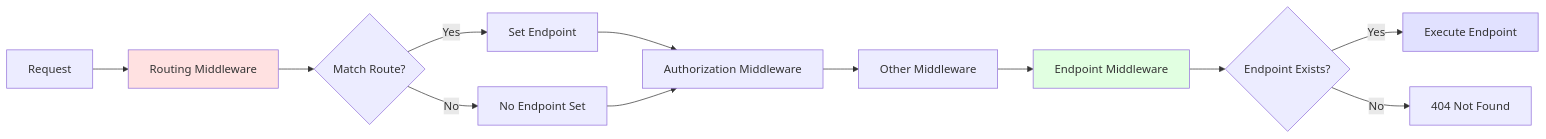
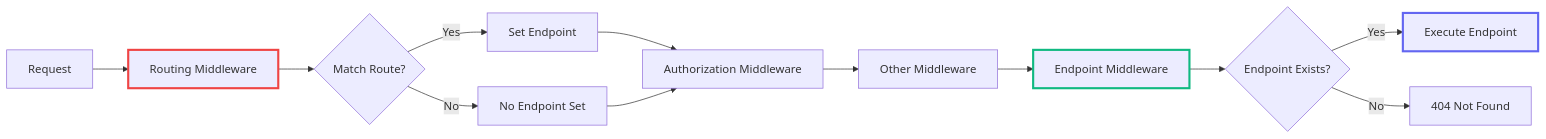
The second of 5 diagrams in Mostlylucid/Markdown/ASPNET-PIPELINE-PART4-ROUTING-ENDPOINTS.md (Shaddix/mostlylucidweb), drawn with Mermaid before and after one commit. The commit also changed 11 other files, not shown here.

First line of the commit message:
update: replace background fills with stroke styling in Mermaid diagrams

````diff
--- a/Mostlylucid/Markdown/ASPNET-PIPELINE-PART4-ROUTING-ENDPOINTS.md
+++ b/Mostlylucid/Markdown/ASPNET-PIPELINE-PART4-ROUTING-ENDPOINTS.md
@@ -58,18 +58,18 @@
 ```mermaid
 graph LR
     A[Request] --> B[Routing Middleware]
     B --> C{Match Route?}
     C -->|Yes| D[Set Endpoint]
     C -->|No| E[No Endpoint Set]
     D --> F[Authorization Middleware]
     E --> F
     F --> G[Other Middleware]
     G --> H[Endpoint Middleware]
     H --> I{Endpoint Exists?}
     I -->|Yes| J[Execute Endpoint]
     I -->|No| K[404 Not Found]
 
-    style B fill:#ffe1e1
-    style H fill:#e1ffe1
-    style J fill:#e1e1ff
+    style B stroke:#ef4444,stroke-width:3px
+    style H stroke:#10b981,stroke-width:3px
+    style J stroke:#6366f1,stroke-width:3px
 ```
````
